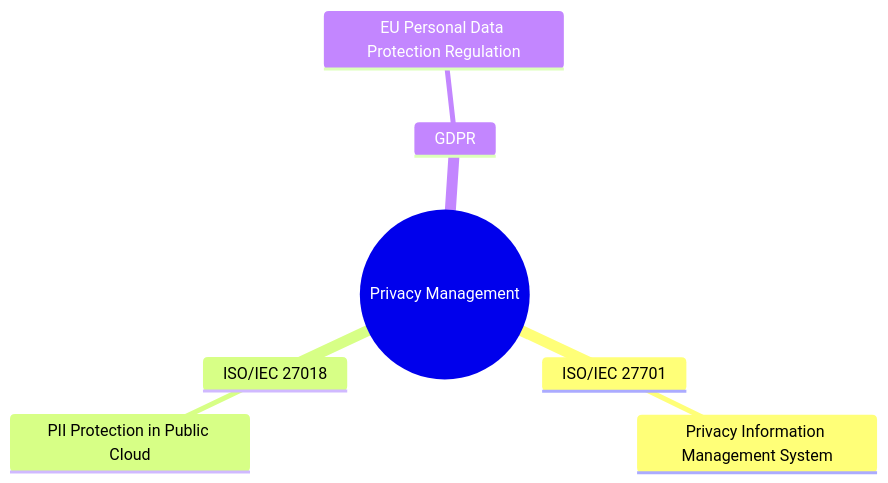
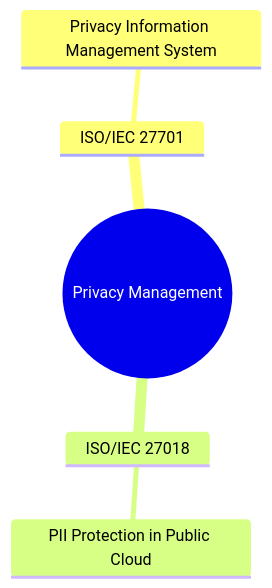
The diagram in cybersecurity-grc-map/docs/privacy-management.md (carybdea/mindmaps), drawn with Mermaid before and after one commit. The commit also changed 19 other files, not shown here.

First line of the commit message:
Reorganize mind map structure

````diff
--- a/cybersecurity-grc-map/docs/privacy-management.md
+++ b/cybersecurity-grc-map/docs/privacy-management.md
@@ -3,10 +3,8 @@
 ```mermaid
 mindmap
   root((Privacy Management))
     ISO/IEC 27701
       Privacy Information Management System
     ISO/IEC 27018
       PII Protection in Public Cloud
-    GDPR
-      EU Personal Data Protection Regulation
 ```
````
